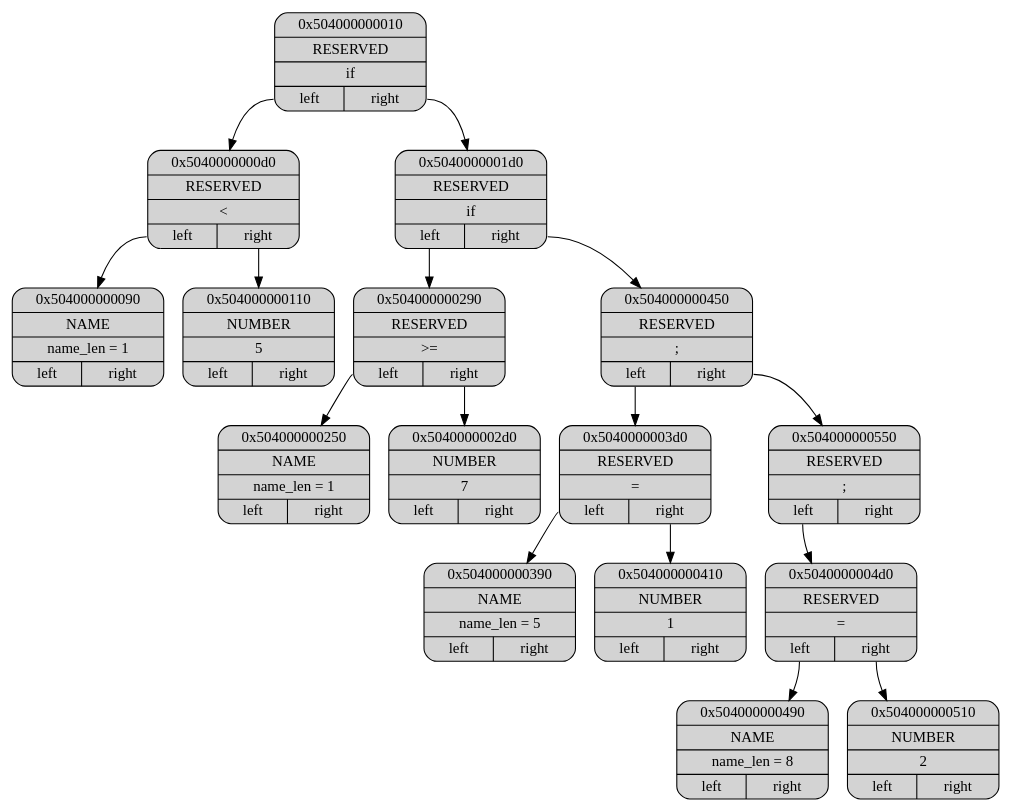
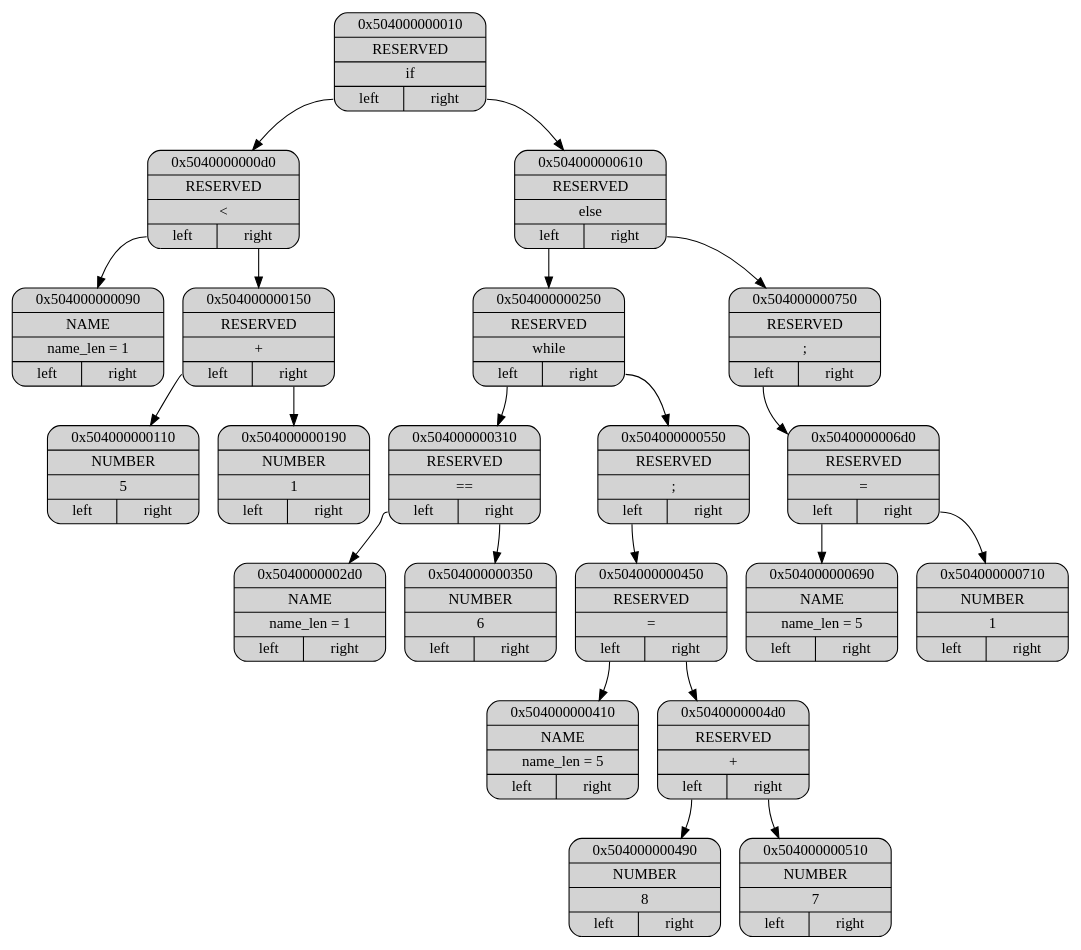
One commit to ashqqy/Language changed the diagram in Dump/dump.dot. Above: the diagram before and after it, drawn with Graphviz. The commit also changed 8 other files, not shown here.

```diff
--- a/Dump/dump.dot
+++ b/Dump/dump.dot
@@ -1,37 +1,47 @@
 digraph G
 {
 node[shape="record", style="rounded, filled"];
 
 p0x504000000010[label = "{ <ptr> 0x504000000010 | <type> RESERVED | <data> \if | { <l>left|<r>right } }"];
 p0x5040000000d0[label = "{ <ptr> 0x5040000000d0 | <type> RESERVED | <data> \< | { <l>left|<r>right } }"];
 p0x504000000090[label = "{ <ptr> 0x504000000090 | <type> NAME | <data> name_len = 1 | { <l>left|<r>right } }"];
+p0x504000000150[label = "{ <ptr> 0x504000000150 | <type> RESERVED | <data> \+ | { <l>left|<r>right } }"];
 p0x504000000110[label = "{ <ptr> 0x504000000110 | <type> NUMBER | <data> 5 | { <l>left|<r>right } }"];
-p0x5040000001d0[label = "{ <ptr> 0x5040000001d0 | <type> RESERVED | <data> \if | { <l>left|<r>right } }"];
-p0x504000000290[label = "{ <ptr> 0x504000000290 | <type> RESERVED | <data> \>= | { <l>left|<r>right } }"];
-p0x504000000250[label = "{ <ptr> 0x504000000250 | <type> NAME | <data> name_len = 1 | { <l>left|<r>right } }"];
-p0x5040000002d0[label = "{ <ptr> 0x5040000002d0 | <type> NUMBER | <data> 7 | { <l>left|<r>right } }"];
-p0x504000000450[label = "{ <ptr> 0x504000000450 | <type> RESERVED | <data> \; | { <l>left|<r>right } }"];
-p0x5040000003d0[label = "{ <ptr> 0x5040000003d0 | <type> RESERVED | <data> \= | { <l>left|<r>right } }"];
-p0x504000000390[label = "{ <ptr> 0x504000000390 | <type> NAME | <data> name_len = 5 | { <l>left|<r>right } }"];
-p0x504000000410[label = "{ <ptr> 0x504000000410 | <type> NUMBER | <data> 1 | { <l>left|<r>right } }"];
+p0x504000000190[label = "{ <ptr> 0x504000000190 | <type> NUMBER | <data> 1 | { <l>left|<r>right } }"];
+p0x504000000610[label = "{ <ptr> 0x504000000610 | <type> RESERVED | <data> \else | { <l>left|<r>right } }"];
+p0x504000000250[label = "{ <ptr> 0x504000000250 | <type> RESERVED | <data> \while | { <l>left|<r>right } }"];
+p0x504000000310[label = "{ <ptr> 0x504000000310 | <type> RESERVED | <data> \== | { <l>left|<r>right } }"];
+p0x5040000002d0[label = "{ <ptr> 0x5040000002d0 | <type> NAME | <data> name_len = 1 | { <l>left|<r>right } }"];
+p0x504000000350[label = "{ <ptr> 0x504000000350 | <type> NUMBER | <data> 6 | { <l>left|<r>right } }"];
 p0x504000000550[label = "{ <ptr> 0x504000000550 | <type> RESERVED | <data> \; | { <l>left|<r>right } }"];
-p0x5040000004d0[label = "{ <ptr> 0x5040000004d0 | <type> RESERVED | <data> \= | { <l>left|<r>right } }"];
-p0x504000000490[label = "{ <ptr> 0x504000000490 | <type> NAME | <data> name_len = 8 | { <l>left|<r>right } }"];
-p0x504000000510[label = "{ <ptr> 0x504000000510 | <type> NUMBER | <data> 2 | { <l>left|<r>right } }"];
+p0x504000000450[label = "{ <ptr> 0x504000000450 | <type> RESERVED | <data> \= | { <l>left|<r>right } }"];
+p0x504000000410[label = "{ <ptr> 0x504000000410 | <type> NAME | <data> name_len = 5 | { <l>left|<r>right } }"];
+p0x5040000004d0[label = "{ <ptr> 0x5040000004d0 | <type> RESERVED | <data> \+ | { <l>left|<r>right } }"];
+p0x504000000490[label = "{ <ptr> 0x504000000490 | <type> NUMBER | <data> 8 | { <l>left|<r>right } }"];
+p0x504000000510[label = "{ <ptr> 0x504000000510 | <type> NUMBER | <data> 7 | { <l>left|<r>right } }"];
+p0x504000000750[label = "{ <ptr> 0x504000000750 | <type> RESERVED | <data> \; | { <l>left|<r>right } }"];
+p0x5040000006d0[label = "{ <ptr> 0x5040000006d0 | <type> RESERVED | <data> \= | { <l>left|<r>right } }"];
+p0x504000000690[label = "{ <ptr> 0x504000000690 | <type> NAME | <data> name_len = 5 | { <l>left|<r>right } }"];
+p0x504000000710[label = "{ <ptr> 0x504000000710 | <type> NUMBER | <data> 1 | { <l>left|<r>right } }"];
 
 p0x504000000010:<l> -> p0x5040000000d0
 p0x5040000000d0:<l> -> p0x504000000090
-p0x5040000000d0:<r> -> p0x504000000110
-p0x504000000010:<r> -> p0x5040000001d0
-p0x5040000001d0:<l> -> p0x504000000290
-p0x504000000290:<l> -> p0x504000000250
-p0x504000000290:<r> -> p0x5040000002d0
-p0x5040000001d0:<r> -> p0x504000000450
-p0x504000000450:<l> -> p0x5040000003d0
-p0x5040000003d0:<l> -> p0x504000000390
-p0x5040000003d0:<r> -> p0x504000000410
-p0x504000000450:<r> -> p0x504000000550
-p0x504000000550:<l> -> p0x5040000004d0
+p0x5040000000d0:<r> -> p0x504000000150
+p0x504000000150:<l> -> p0x504000000110
+p0x504000000150:<r> -> p0x504000000190
+p0x504000000010:<r> -> p0x504000000610
+p0x504000000610:<l> -> p0x504000000250
+p0x504000000250:<l> -> p0x504000000310
+p0x504000000310:<l> -> p0x5040000002d0
+p0x504000000310:<r> -> p0x504000000350
+p0x504000000250:<r> -> p0x504000000550
+p0x504000000550:<l> -> p0x504000000450
+p0x504000000450:<l> -> p0x504000000410
+p0x504000000450:<r> -> p0x5040000004d0
 p0x5040000004d0:<l> -> p0x504000000490
 p0x5040000004d0:<r> -> p0x504000000510
+p0x504000000610:<r> -> p0x504000000750
+p0x504000000750:<l> -> p0x5040000006d0
+p0x5040000006d0:<l> -> p0x504000000690
+p0x5040000006d0:<r> -> p0x504000000710
 }
```
